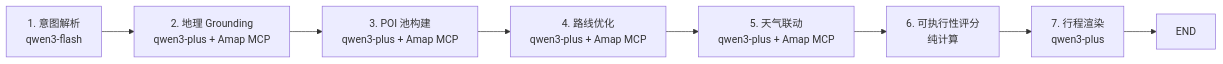
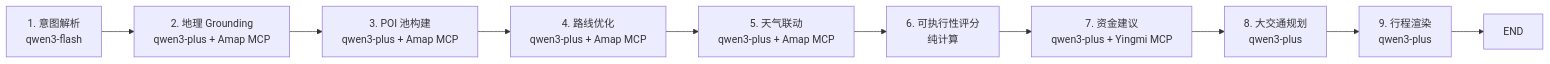
The second of 7 diagrams in ARCHITECTURE.md (Ryan-HJX/TravelMaster-Pro-2.0), drawn with Mermaid before and after one commit. The commit also changed other lines of this file and 7 other files, not shown here.

````diff
--- a/ARCHITECTURE.md
+++ b/ARCHITECTURE.md
@@ -70,10 +70,12 @@
 ```mermaid
 graph LR
     A["1. 意图解析<br/>qwen3-flash"] --> B["2. 地理 Grounding<br/>qwen3-plus + Amap MCP"]
     B --> C["3. POI 池构建<br/>qwen3-plus + Amap MCP"]
     C --> D["4. 路线优化<br/>qwen3-plus + Amap MCP"]
     D --> E["5. 天气联动<br/>qwen3-plus + Amap MCP"]
     E --> F["6. 可执行性评分<br/>纯计算"]
-    F --> G["7. 行程渲染<br/>qwen3-plus"]
-    G --> H["END"]
+    F --> G["7. 资金建议<br/>qwen3-plus + Yingmi MCP"]
+    G --> H["8. 大交通规划<br/>qwen3-plus"]
+    H --> I["9. 行程渲染<br/>qwen3-plus"]
+    I --> J["END"]
 ```
````
